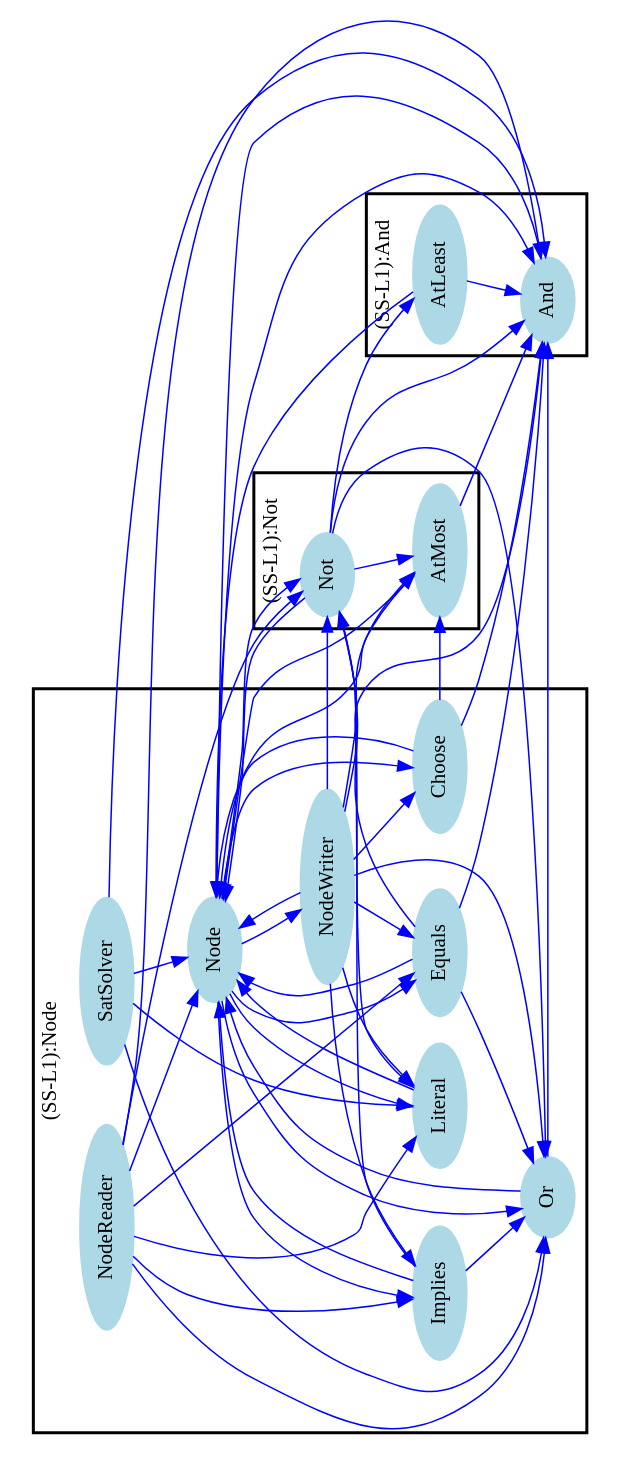
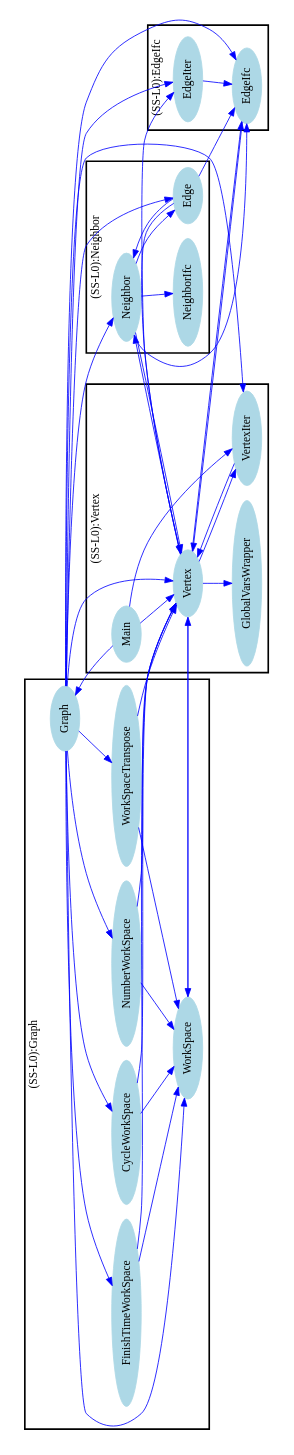
One commit to MPassos/PLAR-Tool changed the diagram in output/bunchinput.dot. Above: the diagram before and after it, drawn with Graphviz. The commit also changed 5 other files, not shown here.

```diff
--- a/output/bunchinput.dot
+++ b/output/bunchinput.dot
@@ -1,93 +1,87 @@
 /* ------------------------------------------------------------ */
 /* created with bunch v3 */
-/* Objective Function value = 1.6774193548387097*/
+/* Objective Function value = 1.3333333333333335*/
 /* ------------------------------------------------------------ */
 
 digraph G {
 size= "10,10";
 rotate = 90;
 subgraph cluster0 {
-label = "(SS-L1):Node";
+label = "(SS-L0):Graph";
 color = black;
 style = bold;
 
-"Node"[label="Node",shape=ellipse,color=lightblue,fontcolor=black,style=filled];
-"NodeWriter"[label="NodeWriter",shape=ellipse,color=lightblue,fontcolor=black,style=filled];
-"Literal"[label="Literal",shape=ellipse,color=lightblue,fontcolor=black,style=filled];
-"Equals"[label="Equals",shape=ellipse,color=lightblue,fontcolor=black,style=filled];
-"Choose"[label="Choose",shape=ellipse,color=lightblue,fontcolor=black,style=filled];
-"Or"[label="Or",shape=ellipse,color=lightblue,fontcolor=black,style=filled];
-"SatSolver"[label="SatSolver",shape=ellipse,color=lightblue,fontcolor=black,style=filled];
-"NodeReader"[label="NodeReader",shape=ellipse,color=lightblue,fontcolor=black,style=filled];
-"Implies"[label="Implies",shape=ellipse,color=lightblue,fontcolor=black,style=filled];
+"Graph"[label="Graph",shape=ellipse,color=lightblue,fontcolor=black,style=filled];
+"FinishTimeWorkSpace"[label="FinishTimeWorkSpace",shape=ellipse,color=lightblue,fontcolor=black,style=filled];
+"CycleWorkSpace"[label="CycleWorkSpace",shape=ellipse,color=lightblue,fontcolor=black,style=filled];
+"WorkSpace"[label="WorkSpace",shape=ellipse,color=lightblue,fontcolor=black,style=filled];
+"NumberWorkSpace"[label="NumberWorkSpace",shape=ellipse,color=lightblue,fontcolor=black,style=filled];
+"WorkSpaceTranspose"[label="WorkSpaceTranspose",shape=ellipse,color=lightblue,fontcolor=black,style=filled];
 }
 subgraph cluster1 {
-label = "(SS-L1):Not";
+label = "(SS-L0):Neighbor";
 color = black;
 style = bold;
 
-"AtMost"[label="AtMost",shape=ellipse,color=lightblue,fontcolor=black,style=filled];
-"Not"[label="Not",shape=ellipse,color=lightblue,fontcolor=black,style=filled];
+"Neighbor"[label="Neighbor",shape=ellipse,color=lightblue,fontcolor=black,style=filled];
+"Edge"[label="Edge",shape=ellipse,color=lightblue,fontcolor=black,style=filled];
+"NeighborIfc"[label="NeighborIfc",shape=ellipse,color=lightblue,fontcolor=black,style=filled];
 }
 subgraph cluster2 {
-label = "(SS-L1):And";
+label = "(SS-L0):Vertex";
 color = black;
 style = bold;
 
-"And"[label="And",shape=ellipse,color=lightblue,fontcolor=black,style=filled];
-"AtLeast"[label="AtLeast",shape=ellipse,color=lightblue,fontcolor=black,style=filled];
+"Vertex"[label="Vertex",shape=ellipse,color=lightblue,fontcolor=black,style=filled];
+"Main"[label="Main",shape=ellipse,color=lightblue,fontcolor=black,style=filled];
+"GlobalVarsWrapper"[label="GlobalVarsWrapper",shape=ellipse,color=lightblue,fontcolor=black,style=filled];
+"VertexIter"[label="VertexIter",shape=ellipse,color=lightblue,fontcolor=black,style=filled];
 }
-"Choose" -> "And" [color=blue,font=6];
-"Choose" -> "Node" [color=blue,font=6];
-"Choose" -> "AtMost" [color=blue,font=6];
-"Equals" -> "Not" [color=blue,font=6];
-"Equals" -> "And" [color=blue,font=6];
-"Equals" -> "Node" [color=blue,font=6];
-"Equals" -> "Or" [color=blue,font=6];
-"Literal" -> "Node" [color=blue,font=6];
-"Not" -> "Literal" [color=blue,font=6];
-"Not" -> "And" [color=blue,font=6];
-"Not" -> "AtMost" [color=blue,font=6];
-"Not" -> "AtLeast" [color=blue,font=6];
-"Not" -> "Node" [color=blue,font=6];
-"Not" -> "Or" [color=blue,font=6];
-"NodeWriter" -> "Choose" [color=blue,font=6];
-"NodeWriter" -> "Equals" [color=blue,font=6];
-"NodeWriter" -> "Literal" [color=blue,font=6];
-"NodeWriter" -> "Not" [color=blue,font=6];
-"NodeWriter" -> "And" [color=blue,font=6];
-"NodeWriter" -> "Or" [color=blue,font=6];
-"NodeWriter" -> "Node" [color=blue,font=6];
-"NodeWriter" -> "AtMost" [color=blue,font=6];
-"NodeWriter" -> "Implies" [color=blue,font=6];
-"SatSolver" -> "Literal" [color=blue,font=6];
-"SatSolver" -> "And" [color=blue,font=6];
-"SatSolver" -> "Node" [color=blue,font=6];
-"SatSolver" -> "Or" [color=blue,font=6];
-"And" -> "Node" [color=blue,font=6];
-"Or" -> "And" [color=blue,font=6];
-"Or" -> "Node" [color=blue,font=6];
-"NodeReader" -> "Literal" [color=blue,font=6];
-"NodeReader" -> "Not" [color=blue,font=6];
-"NodeReader" -> "And" [color=blue,font=6];
-"NodeReader" -> "Equals" [color=blue,font=6];
-"NodeReader" -> "Node" [color=blue,font=6];
-"NodeReader" -> "Implies" [color=blue,font=6];
-"NodeReader" -> "Or" [color=blue,font=6];
-"Node" -> "Choose" [color=blue,font=6];
-"Node" -> "Equals" [color=blue,font=6];
-"Node" -> "Literal" [color=blue,font=6];
-"Node" -> "Not" [color=blue,font=6];
-"Node" -> "NodeWriter" [color=blue,font=6];
-"Node" -> "And" [color=blue,font=6];
-"Node" -> "Or" [color=blue,font=6];
-"Node" -> "AtMost" [color=blue,font=6];
-"Node" -> "Implies" [color=blue,font=6];
-"AtMost" -> "And" [color=blue,font=6];
-"AtMost" -> "Node" [color=blue,font=6];
-"Implies" -> "Not" [color=blue,font=6];
-"Implies" -> "Node" [color=blue,font=6];
-"Implies" -> "Or" [color=blue,font=6];
-"AtLeast" -> "And" [color=blue,font=6];
-"AtLeast" -> "Node" [color=blue,font=6];
+subgraph cluster3 {
+label = "(SS-L0):EdgeIfc";
+color = black;
+style = bold;
+
+"EdgeIter"[label="EdgeIter",shape=ellipse,color=lightblue,fontcolor=black,style=filled];
+"EdgeIfc"[label="EdgeIfc",shape=ellipse,color=lightblue,fontcolor=black,style=filled];
 }
+"WorkSpaceTranspose" -> "Vertex" [color=blue,font=6];
+"WorkSpaceTranspose" -> "WorkSpace" [color=blue,font=6];
+"WorkSpace" -> "Vertex" [color=blue,font=6];
+"Edge" -> "EdgeIfc" [color=blue,font=6];
+"Edge" -> "Vertex" [color=blue,font=6];
+"Edge" -> "Neighbor" [color=blue,font=6];
+"FinishTimeWorkSpace" -> "Vertex" [color=blue,font=6];
+"FinishTimeWorkSpace" -> "WorkSpace" [color=blue,font=6];
+"Neighbor" -> "EdgeIfc" [color=blue,font=6];
+"Neighbor" -> "Edge" [color=blue,font=6];
+"Neighbor" -> "NeighborIfc" [color=blue,font=6];
+"Neighbor" -> "Vertex" [color=blue,font=6];
+"Main" -> "VertexIter" [color=blue,font=6];
+"Main" -> "Graph" [color=blue,font=6];
+"Main" -> "Vertex" [color=blue,font=6];
+"Graph" -> "WorkSpaceTranspose" [color=blue,font=6];
+"Graph" -> "WorkSpace" [color=blue,font=6];
+"Graph" -> "Edge" [color=blue,font=6];
+"Graph" -> "FinishTimeWorkSpace" [color=blue,font=6];
+"Graph" -> "Neighbor" [color=blue,font=6];
+"Graph" -> "EdgeIter" [color=blue,font=6];
+"Graph" -> "NumberWorkSpace" [color=blue,font=6];
+"Graph" -> "Vertex" [color=blue,font=6];
+"Graph" -> "EdgeIfc" [color=blue,font=6];
+"Graph" -> "CycleWorkSpace" [color=blue,font=6];
+"Graph" -> "VertexIter" [color=blue,font=6];
+"EdgeIter" -> "EdgeIfc" [color=blue,font=6];
+"Vertex" -> "EdgeIter" [color=blue,font=6];
+"Vertex" -> "VertexIter" [color=blue,font=6];
+"Vertex" -> "EdgeIfc" [color=blue,font=6];
+"Vertex" -> "GlobalVarsWrapper" [color=blue,font=6];
+"Vertex" -> "WorkSpace" [color=blue,font=6];
+"Vertex" -> "Neighbor" [color=blue,font=6];
+"NumberWorkSpace" -> "Vertex" [color=blue,font=6];
+"NumberWorkSpace" -> "WorkSpace" [color=blue,font=6];
+"EdgeIfc" -> "Vertex" [color=blue,font=6];
+"CycleWorkSpace" -> "Vertex" [color=blue,font=6];
+"CycleWorkSpace" -> "WorkSpace" [color=blue,font=6];
+"VertexIter" -> "Vertex" [color=blue,font=6];
+}
```
